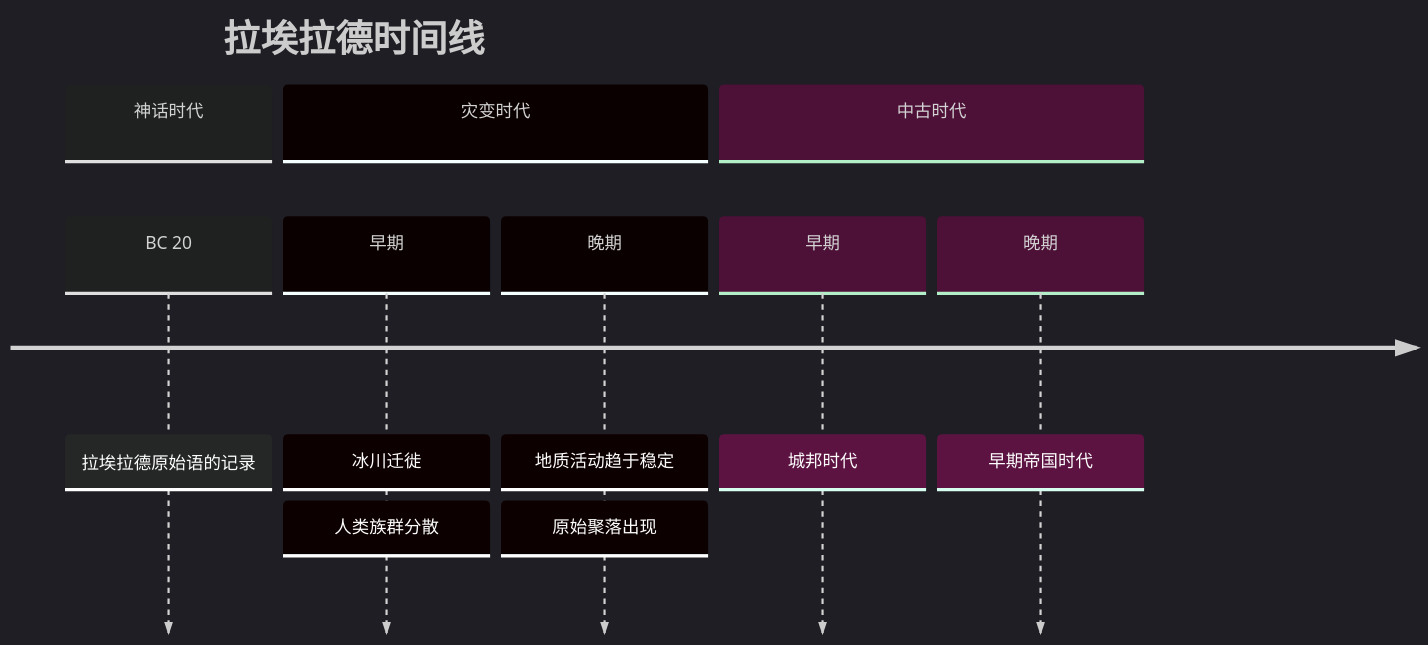
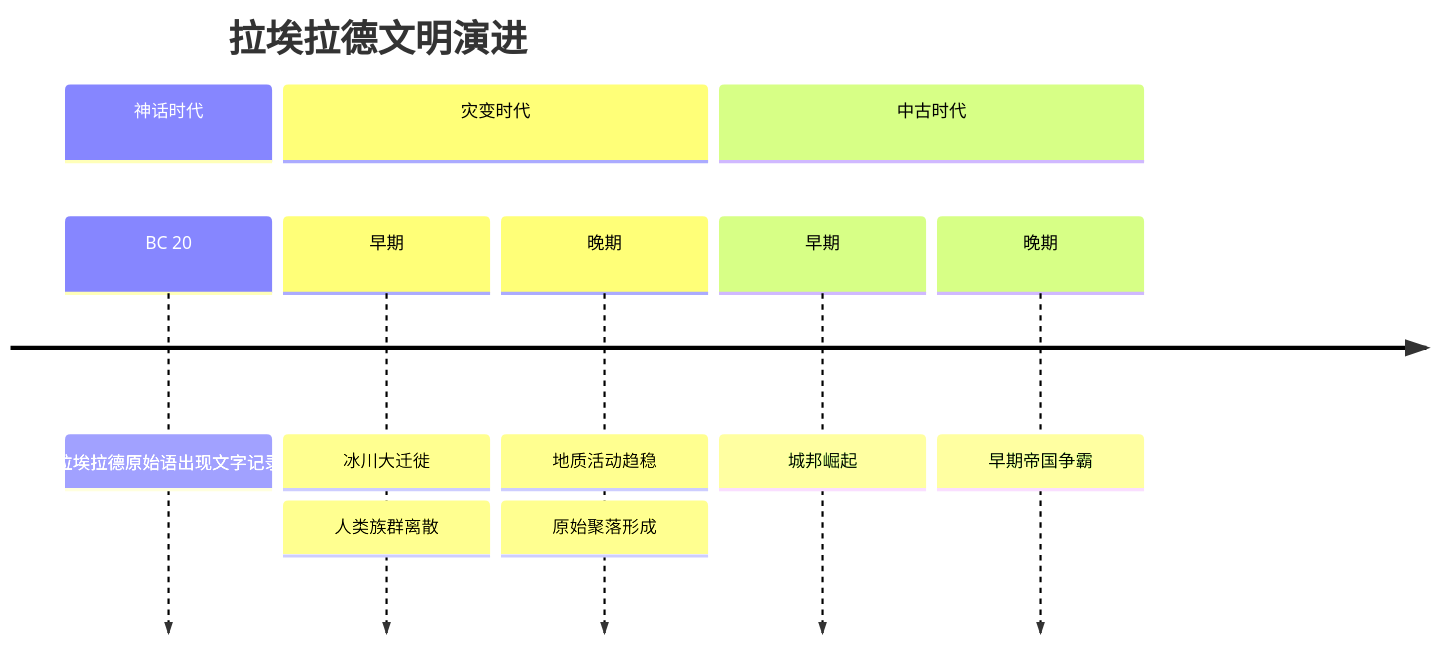
One commit to Phychias/Laaerad changed the first of 2 diagrams in docs/zh/地理/拉埃拉德.md. Above: the diagram before and after it, drawn with Mermaid. The commit also changed other lines of this file and 16 other files, not shown here.

````diff
--- a/docs/zh/地理/拉埃拉德.md
+++ b/docs/zh/地理/拉埃拉德.md
@@ -69,15 +86,14 @@
 ```mermaid
-%%{init: { 'logLevel': 'debug', 'theme': 'dark' } }%%
 timeline
-    title 拉埃拉德时间线
+    title 拉埃拉德文明演进
     section 神话时代
-	    BC 20 : 拉埃拉德原始语的记录
+	    BC 20 : 拉埃拉德原始语出现文字记录
     section 灾变时代
-        早期 : 冰川迁徙
-        : 人类族群分散
-        晚期 : 地质活动趋于稳定
-        : 原始聚落出现
+        早期 : 冰川大迁徙
+        : 人类族群离散
+        晚期 : 地质活动趋稳
+        : 原始聚落形成
 	section 中古时代
-		早期 : 城邦时代
-		晚期 : 早期帝国时代
+		早期 : 城邦崛起
+		晚期 : 早期帝国争霸
 ```
````
